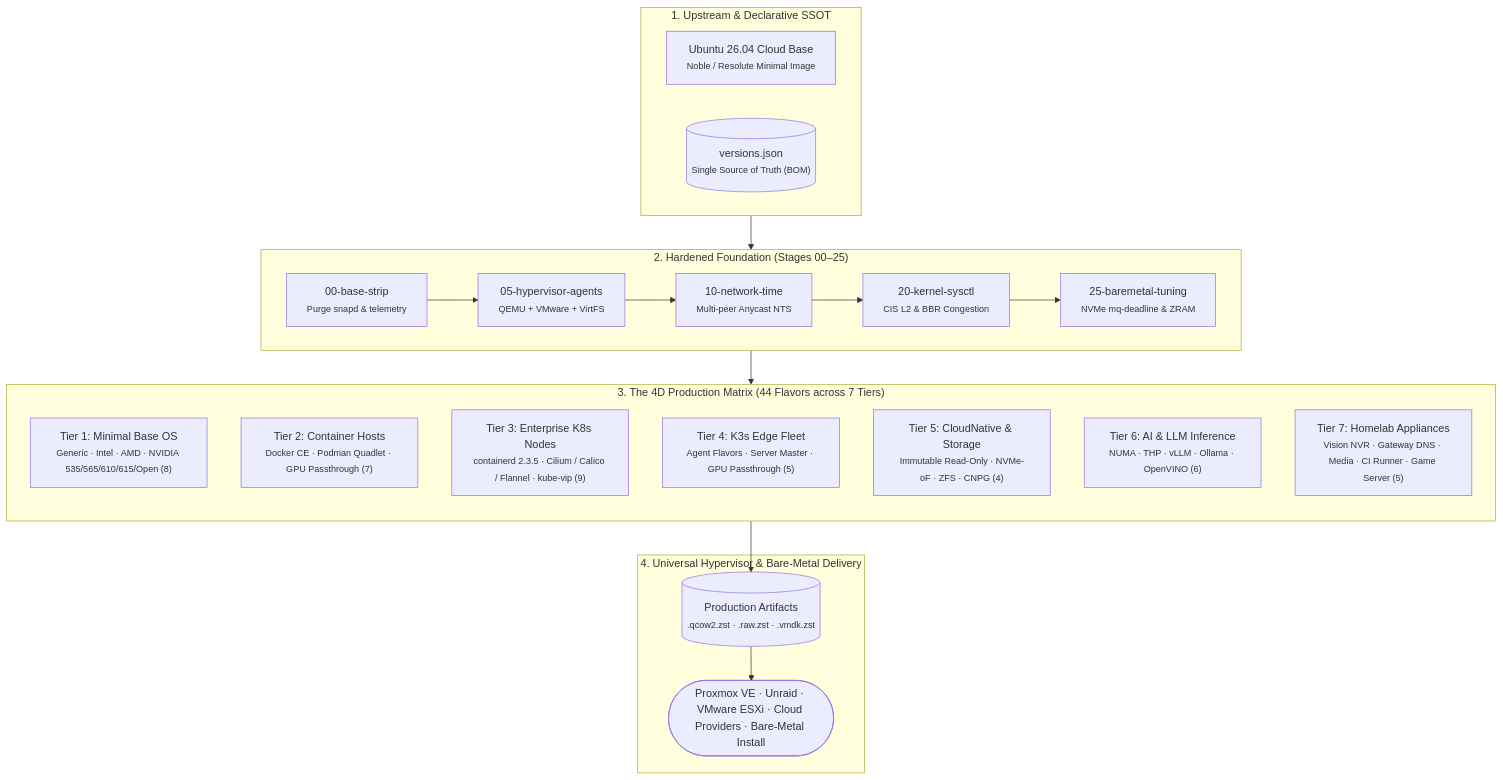
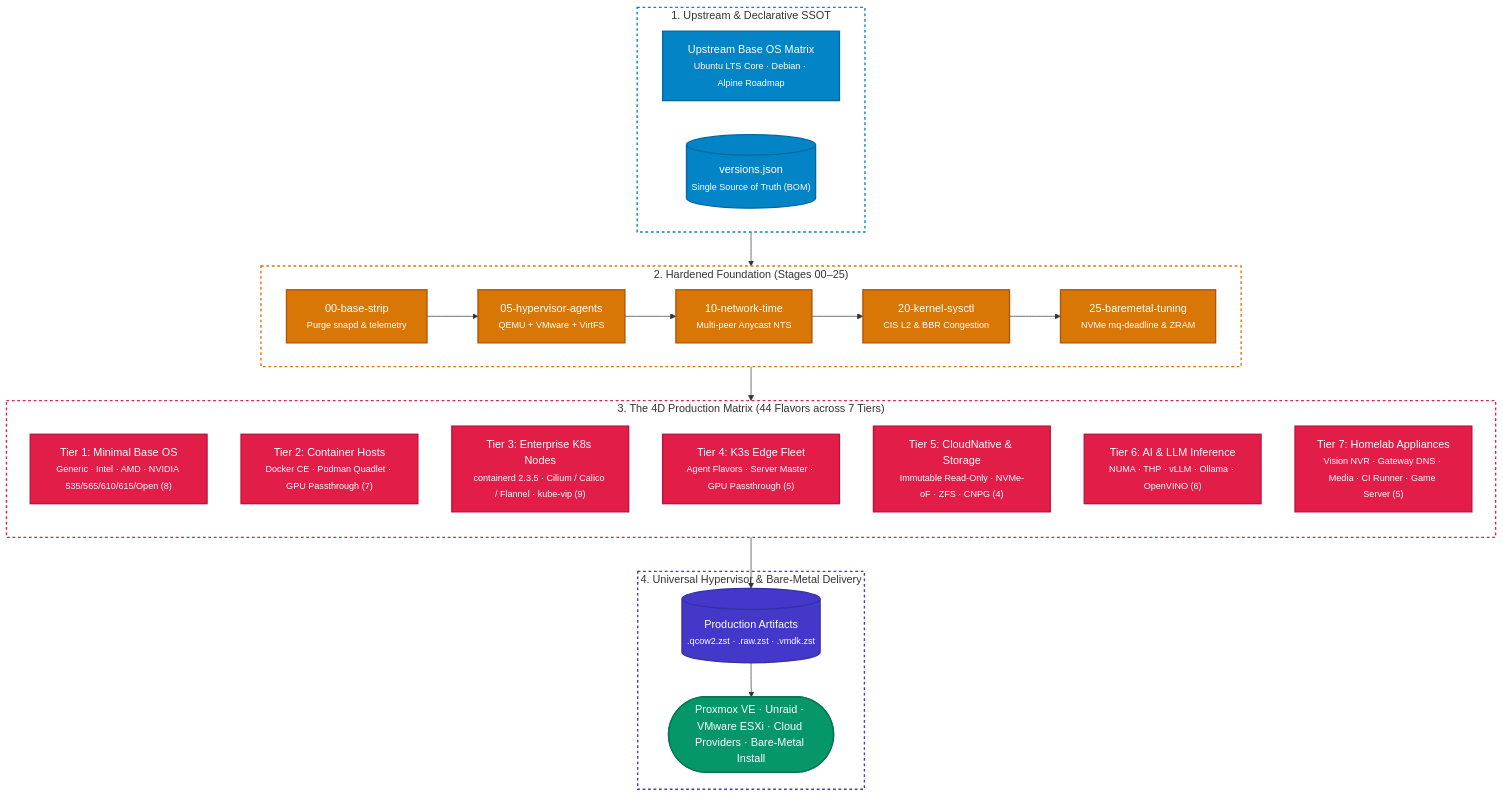
One commit to lusoris/lusoris-cloud-images changed the diagram in docs/index.md. Above: the diagram before and after it, drawn with Mermaid. The commit also changed other lines of this file and 53 other files, not shown here.

First line of the commit message:
feat(agents): implement ai studio managed agents fleet, compliance pipeline, and diagram styling (#24)

````diff
--- a/docs/index.md
+++ b/docs/index.md
@@ -24,37 +25,49 @@
 ```mermaid
 flowchart TD
+    %% Semantic class definitions with vibrant, high-contrast jewel palettes
+    classDef ssot fill:#0284c7,stroke:#0369a1,stroke-width:2px,color:#ffffff
+    classDef foundation fill:#d97706,stroke:#b45309,stroke-width:2px,color:#ffffff
+    classDef tiers fill:#e11d48,stroke:#be123c,stroke-width:2px,color:#ffffff
+    classDef artifacts fill:#4338ca,stroke:#3730a3,stroke-width:2px,color:#ffffff
+    classDef platforms fill:#059669,stroke:#047857,stroke-width:2px,color:#ffffff
+
     subgraph Inputs["1. Upstream & Declarative SSOT"]
-        Upstream["Ubuntu 26.04 Cloud Base<br/><small>Noble / Resolute Minimal Image</small>"]
-        SSOT[("versions.json<br/><small>Single Source of Truth (BOM)</small>")]
+        Upstream["Upstream Base OS Matrix<br/><small>Ubuntu LTS Core · Debian · Alpine Roadmap</small>"]:::ssot
+        SSOT[("versions.json<br/><small>Single Source of Truth (BOM)</small>")]:::ssot
     end
 
     subgraph Core["2. Hardened Foundation (Stages 00–25)"]
-        S0["00-base-strip<br/><small>Purge snapd & telemetry</small>"]
-        S1["05-hypervisor-agents<br/><small>QEMU + VMware + VirtFS</small>"]
-        S2["10-network-time<br/><small>Multi-peer Anycast NTS</small>"]
-        S3["20-kernel-sysctl<br/><small>CIS L2 & BBR Congestion</small>"]
-        S4["25-baremetal-tuning<br/><small>NVMe mq-deadline & ZRAM</small>"]
+        S0["00-base-strip<br/><small>Purge snapd & telemetry</small>"]:::foundation
+        S1["05-hypervisor-agents<br/><small>QEMU + VMware + VirtFS</small>"]:::foundation
+        S2["10-network-time<br/><small>Multi-peer Anycast NTS</small>"]:::foundation
+        S3["20-kernel-sysctl<br/><small>CIS L2 & BBR Congestion</small>"]:::foundation
+        S4["25-baremetal-tuning<br/><small>NVMe mq-deadline & ZRAM</small>"]:::foundation
         S0 --> S1 --> S2 --> S3 --> S4
     end
 
     subgraph Tiers["3. The 4D Production Matrix (44 Flavors across 7 Tiers)"]
         direction TB
-        T1["Tier 1: Minimal Base OS<br/><small>Generic · Intel · AMD · NVIDIA 535/565/610/615/Open (8)</small>"]
-        T2["Tier 2: Container Hosts<br/><small>Docker CE · Podman Quadlet · GPU Passthrough (7)</small>"]
-        T3["Tier 3: Enterprise K8s Nodes<br/><small>containerd 2.3.5 · Cilium / Calico / Flannel · kube-vip (9)</small>"]
-        T4["Tier 4: K3s Edge Fleet<br/><small>Agent Flavors · Server Master · GPU Passthrough (5)</small>"]
-        T5["Tier 5: CloudNative & Storage<br/><small>Immutable Read-Only · NVMe-oF · ZFS · CNPG (4)</small>"]
-        T6["Tier 6: AI & LLM Inference<br/><small>NUMA · THP · vLLM · Ollama · OpenVINO (6)</small>"]
-        T7["Tier 7: Homelab Appliances<br/><small>Vision NVR · Gateway DNS · Media · CI Runner · Game Server (5)</small>"]
+        T1["Tier 1: Minimal Base OS<br/><small>Generic · Intel · AMD · NVIDIA 535/565/610/615/Open (8)</small>"]:::tiers
+        T2["Tier 2: Container Hosts<br/><small>Docker CE · Podman Quadlet · GPU Passthrough (7)</small>"]:::tiers
+        T3["Tier 3: Enterprise K8s Nodes<br/><small>containerd 2.3.5 · Cilium / Calico / Flannel · kube-vip (9)</small>"]:::tiers
+        T4["Tier 4: K3s Edge Fleet<br/><small>Agent Flavors · Server Master · GPU Passthrough (5)</small>"]:::tiers
+        T5["Tier 5: CloudNative & Storage<br/><small>Immutable Read-Only · NVMe-oF · ZFS · CNPG (4)</small>"]:::tiers
+        T6["Tier 6: AI & LLM Inference<br/><small>NUMA · THP · vLLM · Ollama · OpenVINO (6)</small>"]:::tiers
+        T7["Tier 7: Homelab Appliances<br/><small>Vision NVR · Gateway DNS · Media · CI Runner · Game Server (5)</small>"]:::tiers
     end
 
     subgraph Delivery["4. Universal Hypervisor & Bare-Metal Delivery"]
-        Artifacts[("Production Artifacts<br/><small>.qcow2.zst · .raw.zst · .vmdk.zst</small>")]
-        Platforms(["Proxmox VE · Unraid · VMware ESXi · Cloud Providers · Bare-Metal Install"])
+        Artifacts[("Production Artifacts<br/><small>.qcow2.zst · .raw.zst · .vmdk.zst</small>")]:::artifacts
+        Platforms(["Proxmox VE · Unraid · VMware ESXi · Cloud Providers · Bare-Metal Install"]):::platforms
         Artifacts --> Platforms
     end
 
     Inputs --> Core
     Core --> Tiers
     Tiers --> Artifacts
+
+    style Inputs fill:none,stroke:#0284c7,stroke-width:2px,stroke-dasharray: 4 4
+    style Core fill:none,stroke:#d97706,stroke-width:2px,stroke-dasharray: 4 4
+    style Tiers fill:none,stroke:#e11d48,stroke-width:2px,stroke-dasharray: 4 4
+    style Delivery fill:none,stroke:#4338ca,stroke-width:2px,stroke-dasharray: 4 4
 ```
````
